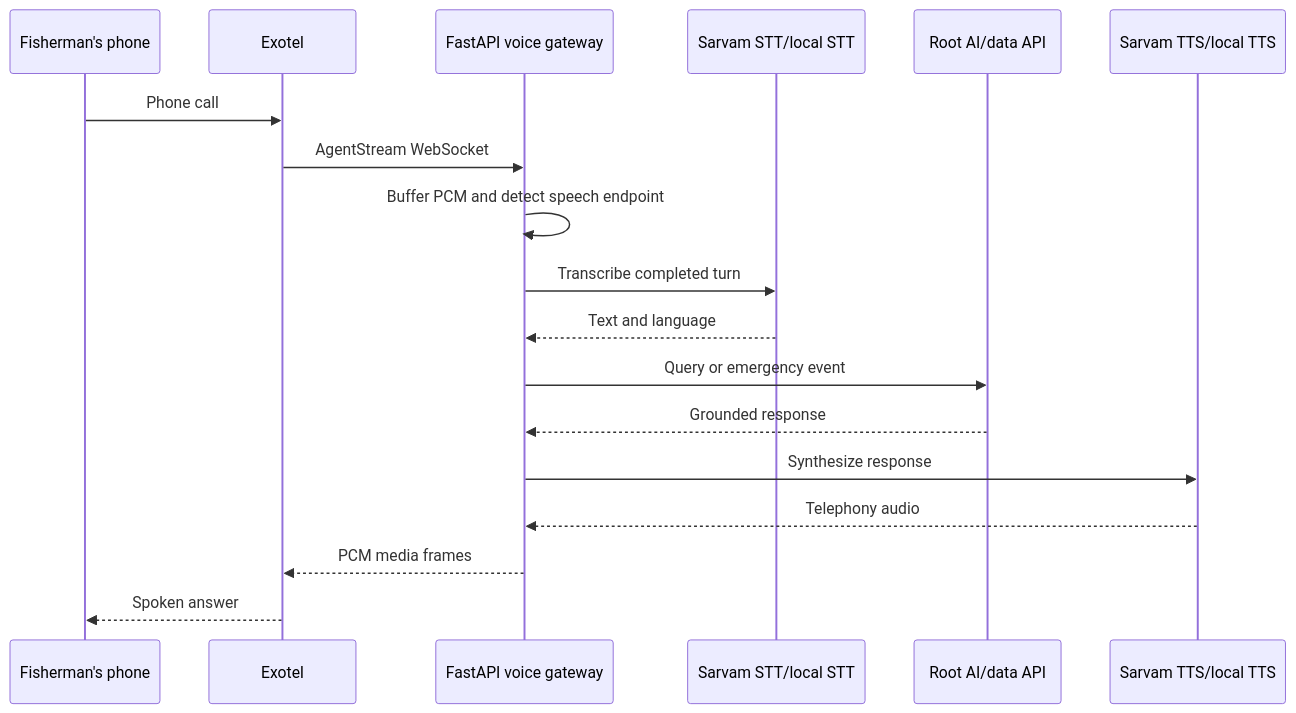
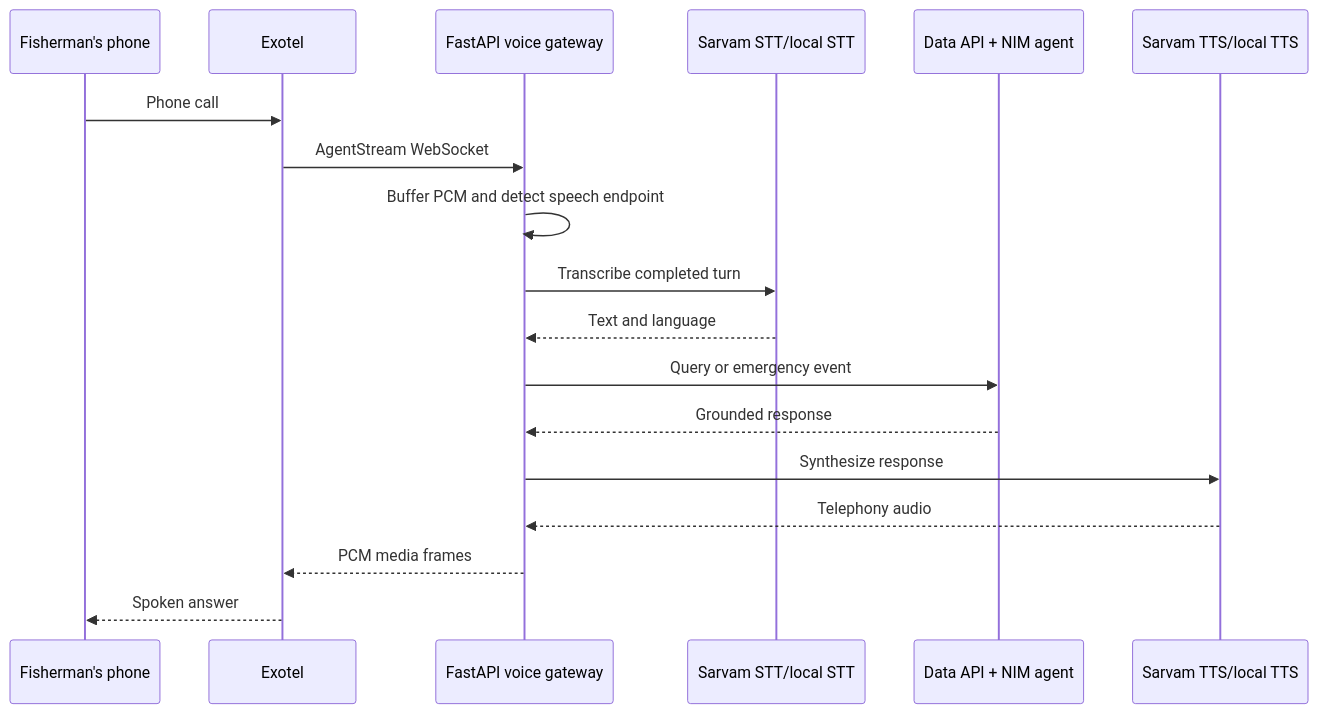
The third of 3 diagrams in README.md (Ruthwik000/SaltyAI-Backend), drawn with Mermaid before and after one commit. The commit also changed other lines of this file and 90 other files, not shown here.

````diff
--- a/README.md
+++ b/README.md
@@ -101,21 +101,21 @@
 ```mermaid
 sequenceDiagram
   participant F as Fisherman's phone
   participant E as Exotel
   participant V as FastAPI voice gateway
   participant STT as Sarvam STT/local STT
-  participant AI as Root AI/data API
+  participant AI as Data API + NIM agent
   participant TTS as Sarvam TTS/local TTS
 
   F->>E: Phone call
   E->>V: AgentStream WebSocket
   V->>V: Buffer PCM and detect speech endpoint
   V->>STT: Transcribe completed turn
   STT-->>V: Text and language
   V->>AI: Query or emergency event
   AI-->>V: Grounded response
   V->>TTS: Synthesize response
   TTS-->>V: Telephony audio
   V-->>E: PCM media frames
   E-->>F: Spoken answer
 ```
````
